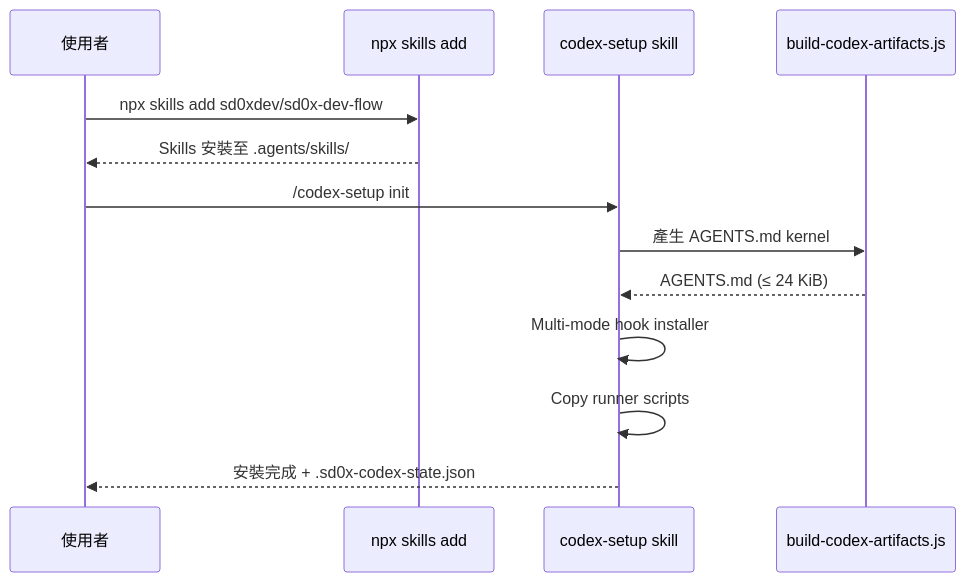
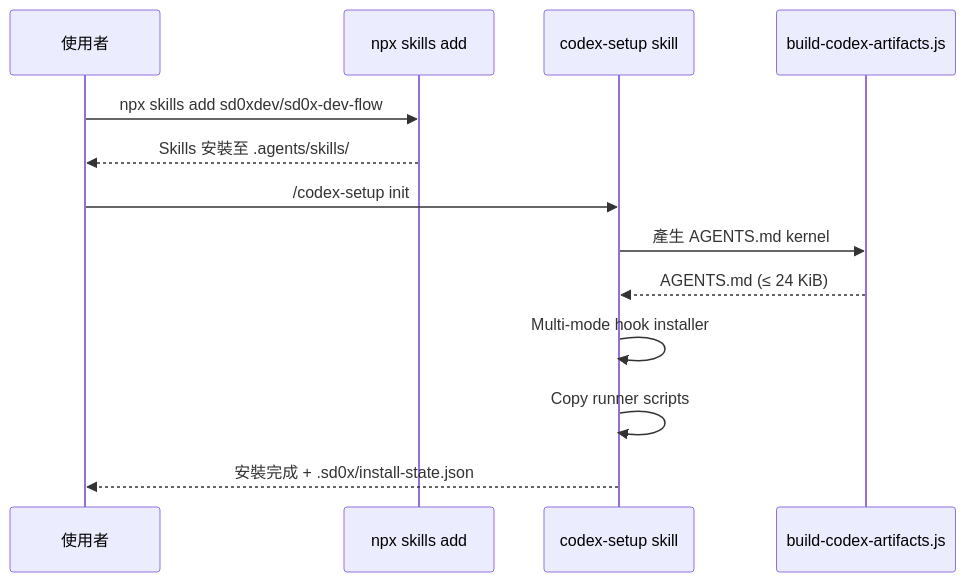
Before and after one commit to jupiter-Pulin/Uranus-dev-flow: the second of 4 diagrams in docs/features/cross-tool-portability/2-tech-spec.md, drawn with Mermaid. The commit also changed other lines of this file, not shown here.

````diff
--- a/docs/features/cross-tool-portability/2-tech-spec.md
+++ b/docs/features/cross-tool-portability/2-tech-spec.md
@@ -125,16 +125,16 @@
 ```mermaid
 sequenceDiagram
     participant U as 使用者
     participant S as npx skills add
     participant CS as codex-setup skill
     participant G as build-codex-artifacts.js
 
     U->>S: npx skills add sd0xdev/sd0x-dev-flow
     S-->>U: Skills 安裝至 .agents/skills/
     U->>CS: /codex-setup init
     CS->>G: 產生 AGENTS.md kernel
     G-->>CS: AGENTS.md (≤ 24 KiB)
     CS->>CS: Multi-mode hook installer
     CS->>CS: Copy runner scripts
-    CS-->>U: 安裝完成 + .sd0x-codex-state.json
+    CS-->>U: 安裝完成 + .sd0x/install-state.json
 ```
````
